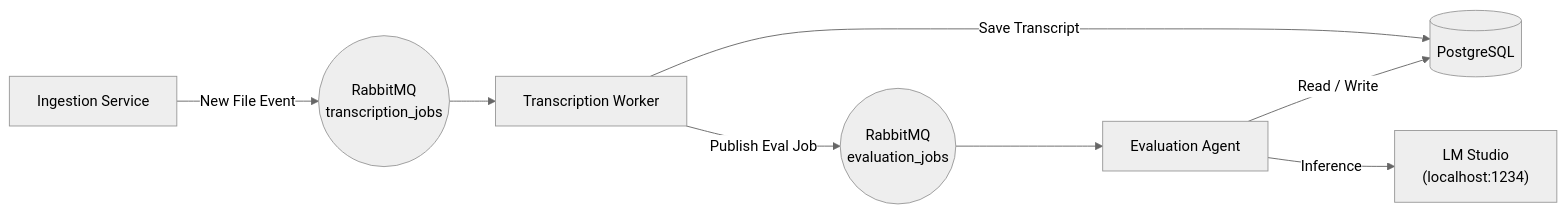
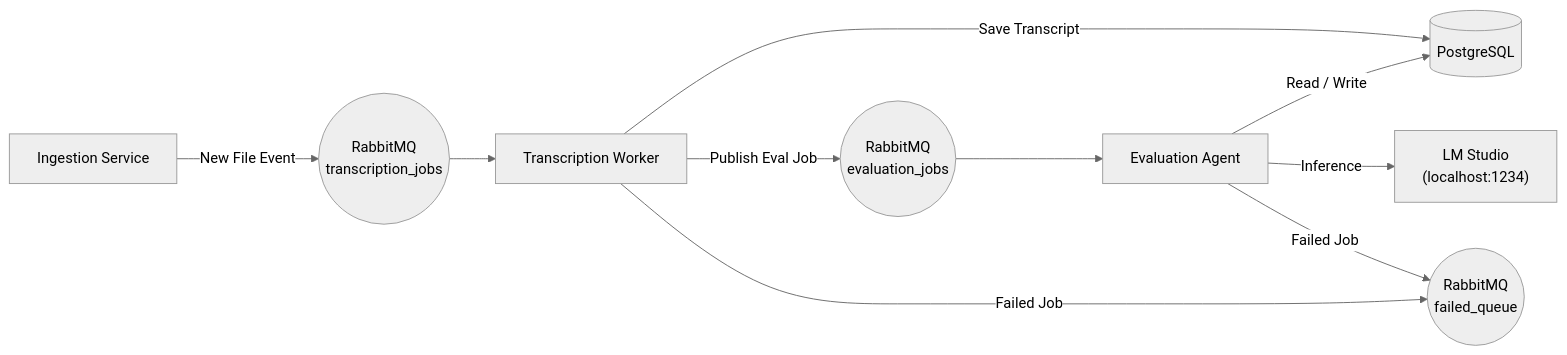
Before and after one commit to springyboiii/AI-Call-Quality-Evaluation: the diagram in README.md, drawn with Mermaid (neutral theme).

Commit message:
Add failed job handling to transcription workflow
Added a failed job path to the transcription workflow.

````diff
--- a/README.md
+++ b/README.md
@@ -9,11 +9,13 @@
 ```mermaid
 graph LR
     A["Ingestion Service"] -->|"New File Event"| B(("RabbitMQ<br/>transcription_jobs"))
     B --> C["Transcription Worker"]
     C -->|"Save Transcript"| D[(PostgreSQL)]
     C -->|"Publish Eval Job"| E(("RabbitMQ<br/>evaluation_jobs"))
+    C -->|"Failed Job"| H(("RabbitMQ<br/>failed_queue"))
     E --> F["Evaluation Agent"]
     F -->|"Read / Write"| D
     F -->|"Inference"| G["LM Studio<br/>(localhost:1234)"]
+    F -->|"Failed Job"| H
 
 ```
````
